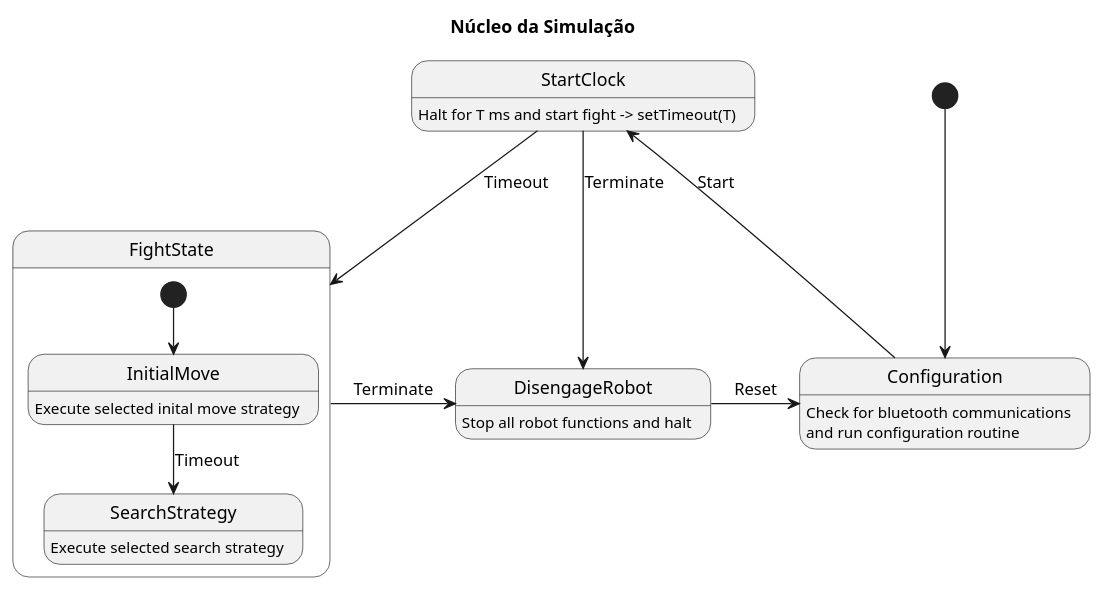
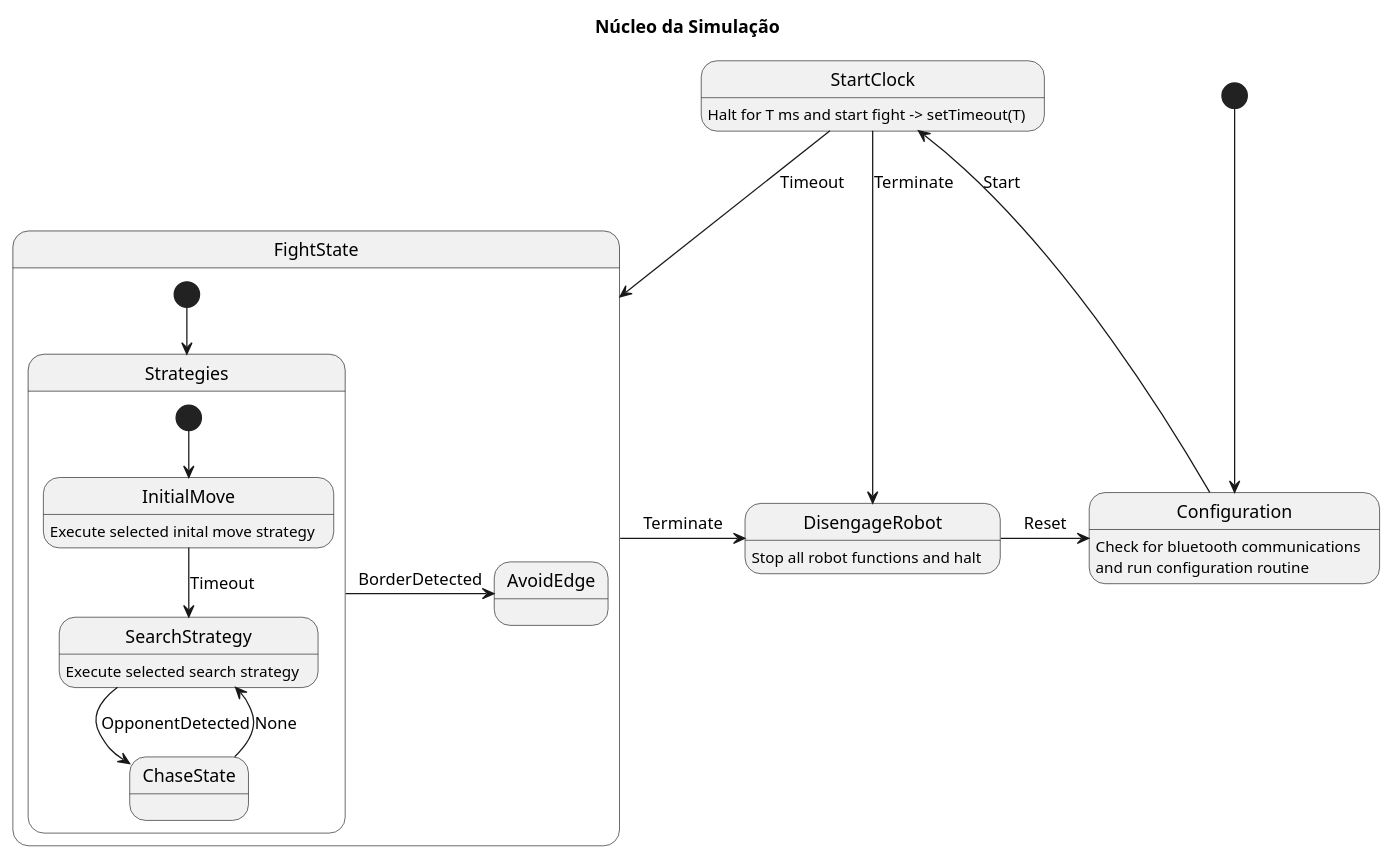
Before and after one commit to viniciusfneves/state-machine-sumo-controller: the diagram in Integrado/Diagramas de Estado/Diagrama do núcleo da simulação.wsd, drawn with PlantUML.

Commit message:
Completando diagrama de estados com ChaseState e um AvoidEdge geral

```diff
--- a/Integrado/Diagramas de Estado/Diagrama do núcleo da simulação.wsd
+++ b/Integrado/Diagramas de Estado/Diagrama do núcleo da simulação.wsd
@@ -1,27 +1,35 @@
 @startuml SimulationController
 
 title Núcleo da Simulação
 
 [*] --> Configuration
 Configuration --> StartClock : Start
 StartClock --> FightState : Timeout
 StartClock -r-> DisengageRobot : Terminate
 FightState -r-> DisengageRobot : Terminate
 DisengageRobot -> Configuration : Reset
 
 state FightState{
-    [*] --> InitialMove
-    InitialMove --> SearchStrategy : Timeout
+    state Strategies{
+        [*] --> InitialMove
+        InitialMove --> SearchStrategy : Timeout
+        SearchStrategy --> ChaseState : OpponentDetected
+        ChaseState --> SearchStrategy : None
+    }
+    [*] --> Strategies
+    Strategies -> AvoidEdge :  BorderDetected
 }
+
+
 
 /'
 ' Descrições
 '/
 
 Configuration : Check for bluetooth communications\nand run configuration routine
 StartClock : Halt for T ms and start fight -> setTimeout(T)
 DisengageRobot : Stop all robot functions and halt
 InitialMove : Execute selected inital move strategy
 SearchStrategy : Execute selected search strategy
 
 @enduml
```
